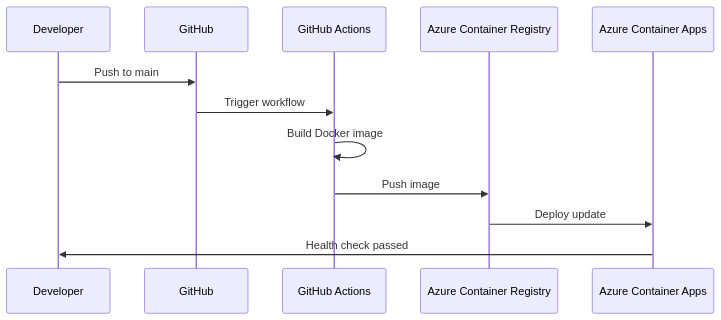
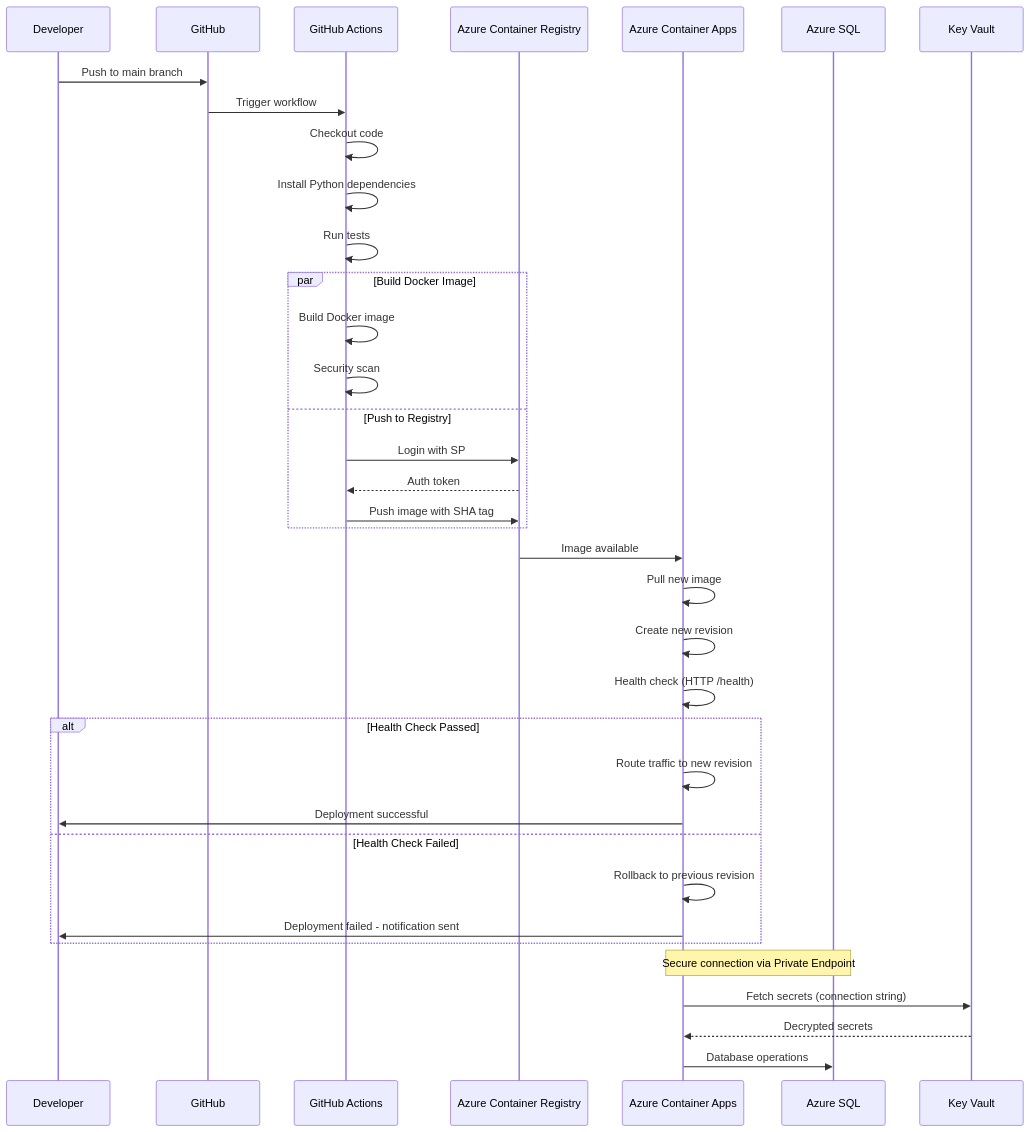
One commit to mela-malen/hello-cicd changed the third of 10 diagrams in docs/diagrams.md. Above: the diagram before and after it, drawn with Mermaid. The commit also changed other lines of this file and 3 other files, not shown here.

First line of the commit message:
docs: enhance documentation with comprehensive mermaid diagrams

````diff
--- a/docs/diagrams.md
+++ b/docs/diagrams.md
@@ -26,15 +148,43 @@
 ```mermaid
 sequenceDiagram
     participant Dev as Developer
     participant GH as GitHub
     participant GHA as GitHub Actions
     participant ACR as Azure Container Registry
     participant ACA as Azure Container Apps
+    participant DB as Azure SQL
+    participant KV as Key Vault
 
-    Dev->>GH: Push to main
+    Dev->>GH: Push to main branch
     GH->>GHA: Trigger workflow
-    GHA->>GHA: Build Docker image
-    GHA->>ACR: Push image
-    ACR->>ACA: Deploy update
-    ACA->>Dev: Health check passed
+    GHA->>GHA: Checkout code
+    GHA->>GHA: Install Python dependencies
+    GHA->>GHA: Run tests
+
+    par Build Docker Image
+        GHA->>GHA: Build Docker image
+        GHA->>GHA: Security scan
+    and Push to Registry
+        GHA->>ACR: Login with SP
+        ACR-->>GHA: Auth token
+        GHA->>ACR: Push image with SHA tag
+    end
+
+    ACR->>ACA: Image available
+    ACA->>ACA: Pull new image
+    ACA->>ACA: Create new revision
+    ACA->>ACA: Health check (HTTP /health)
+    
+    alt Health Check Passed
+        ACA->>ACA: Route traffic to new revision
+        ACA->>Dev: Deployment successful
+    else Health Check Failed
+        ACA->>ACA: Rollback to previous revision
+        ACA->>Dev: Deployment failed - notification sent
+    end
+
+    Note over ACA,DB: Secure connection via Private Endpoint
+    ACA->>KV: Fetch secrets (connection string)
+    KV-->>ACA: Decrypted secrets
+    ACA->>DB: Database operations
 ```
````
